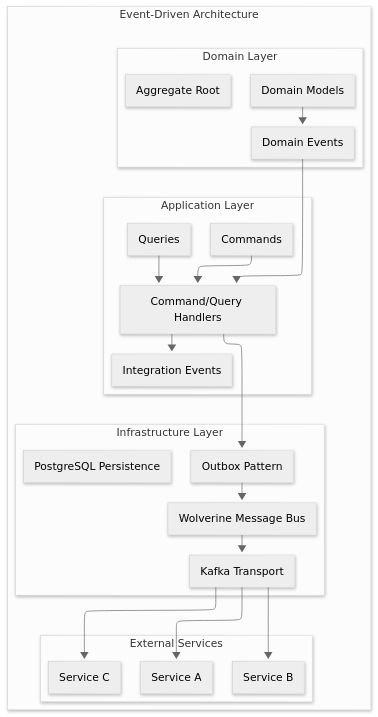
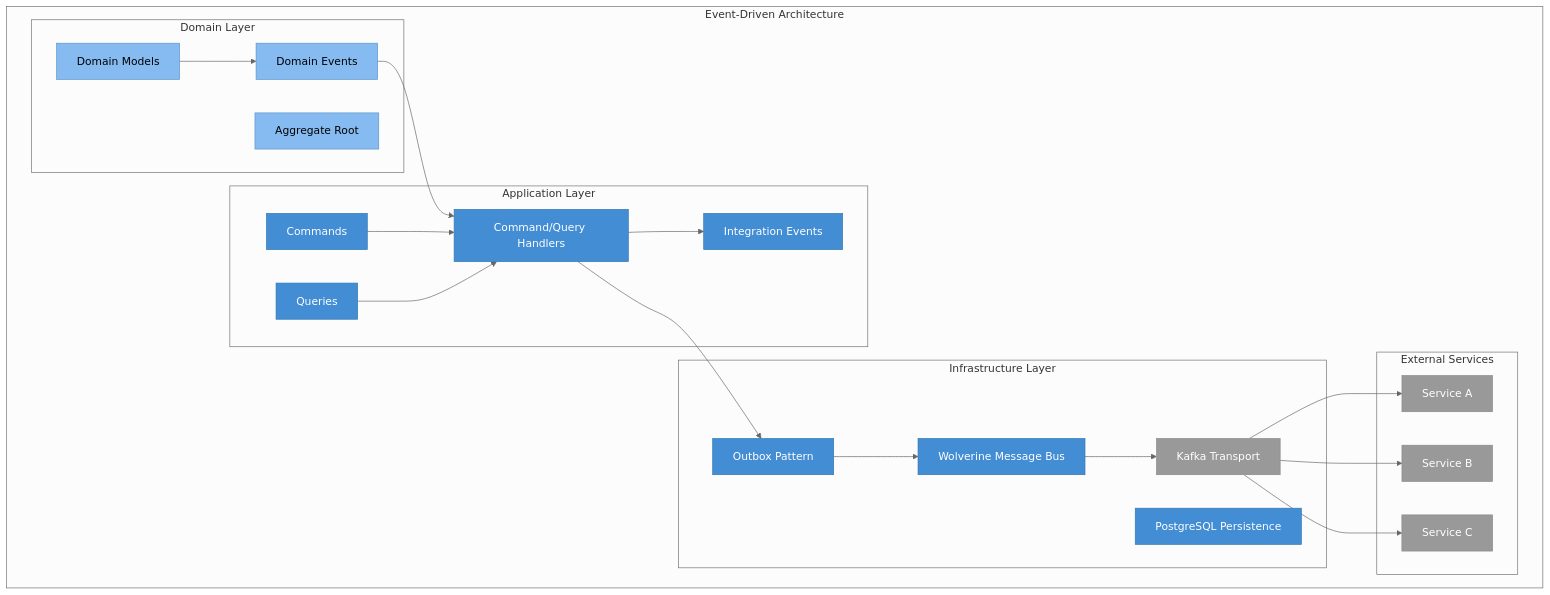
One commit to vgmello/momentum changed the first of 3 diagrams in docs/arch/eda.md. Above: the diagram before and after it, drawn with Mermaid. The commit also changed other lines of this file and 6 other files, not shown here.

Commit message:
Update documentation and styles: change mermaid theme to default, adjust line-height for multi-line labels, and refine architecture diagrams with neutral theme

````diff
--- a/docs/arch/eda.md
+++ b/docs/arch/eda.md
@@ -15,48 +15,55 @@
 ```mermaid
 ---
 config:
   theme: neutral
-  layout: elk
-  look: neo
 ---
 graph TB
     subgraph "Event-Driven Architecture"
         subgraph "Domain Layer"
             DOMAIN[Domain Models]
             DOMAIN_EVENTS[Domain Events]
             AGGREGATE[Aggregate Root]
         end
 
         subgraph "Application Layer"
             COMMANDS[Commands]
             QUERIES[Queries]
             HANDLERS[Command/Query Handlers]
             INTEGRATION[Integration Events]
         end
 
         subgraph "Infrastructure Layer"
             WOLVERINE[Wolverine Message Bus]
             KAFKA[Kafka Transport]
             POSTGRES[PostgreSQL Persistence]
             OUTBOX[Outbox Pattern]
         end
 
         subgraph "External Services"
             SERVICE_A[Service A]
             SERVICE_B[Service B]
             SERVICE_C[Service C]
         end
     end
 
     DOMAIN --> DOMAIN_EVENTS
     DOMAIN_EVENTS --> HANDLERS
     COMMANDS --> HANDLERS
     QUERIES --> HANDLERS
     HANDLERS --> INTEGRATION
     HANDLERS --> OUTBOX
     OUTBOX --> WOLVERINE
     WOLVERINE --> KAFKA
     KAFKA --> SERVICE_A
     KAFKA --> SERVICE_B
     KAFKA --> SERVICE_C
+
+    classDef container fill:#438dd5,stroke:#3079b0,color:#ffffff
+    classDef component fill:#85bbf0,stroke:#5b93c8,color:#000000
+    classDef external fill:#999999,stroke:#8a8a8a,color:#ffffff
+    classDef person fill:#08427b,stroke:#052e56,color:#ffffff
+
+    class COMMANDS,QUERIES,HANDLERS,INTEGRATION,WOLVERINE,POSTGRES,OUTBOX container
+    class DOMAIN,DOMAIN_EVENTS,AGGREGATE component
+    class KAFKA,SERVICE_A,SERVICE_B,SERVICE_C external
 ```
````
